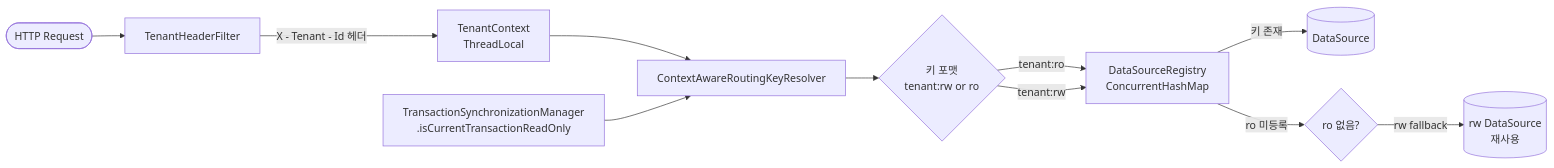
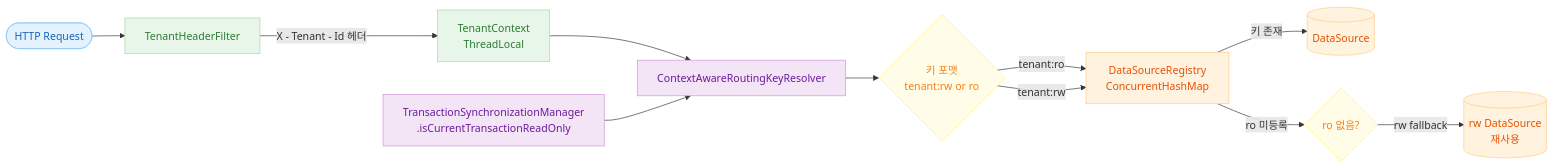
The first of 3 diagrams in 11-high-performance/03-routing-datasource/README.md (bluetape4k/exposed-workshop), drawn with Mermaid before and after one commit. The commit also changed other lines of this file and 56 other files, not shown here.

First line of the commit message:
docs: 전체 README mermaid 다이어그램에 파스텔 톤 색상 적용

````diff
--- a/11-high-performance/03-routing-datasource/README.md
+++ b/11-high-performance/03-routing-datasource/README.md
@@ -30,23 +30,39 @@
 ```mermaid
 flowchart LR
     Req([HTTP Request])
     Filter[TenantHeaderFilter]
     TC[TenantContext\nThreadLocal]
     Resolver[ContextAwareRoutingKeyResolver]
     TSM[TransactionSynchronizationManager\n.isCurrentTransactionReadOnly]
     KeyFmt{키 포맷\ntenant:rw or ro}
     Registry[DataSourceRegistry\nConcurrentHashMap]
     DS[(DataSource)]
     Fallback{ro 없음?}
     RW_DS[(rw DataSource\n재사용)]
     Req --> Filter
     Filter -->|X - Tenant - Id 헤더| TC
     TC --> Resolver
     TSM --> Resolver
     Resolver --> KeyFmt
     KeyFmt -->|tenant:ro| Registry
     KeyFmt -->|tenant:rw| Registry
     Registry -->|키 존재| DS
     Registry -->|ro 미등록| Fallback
     Fallback -->|rw fallback| RW_DS
+
+    classDef blue fill:#E3F2FD,stroke:#90CAF9,color:#1565C0
+    classDef green fill:#E8F5E9,stroke:#A5D6A7,color:#2E7D32
+    classDef purple fill:#F3E5F5,stroke:#CE93D8,color:#6A1B9A
+    classDef orange fill:#FFF3E0,stroke:#FFCC80,color:#E65100
+    classDef yellow fill:#FFFDE7,stroke:#FFF176,color:#F57F17
+
+    class Req blue
+    class Filter green
+    class TC green
+    class Resolver purple
+    class TSM purple
+    class KeyFmt yellow
+    class Registry orange
+    class DS,RW_DS orange
+    class Fallback yellow
 ```
````
